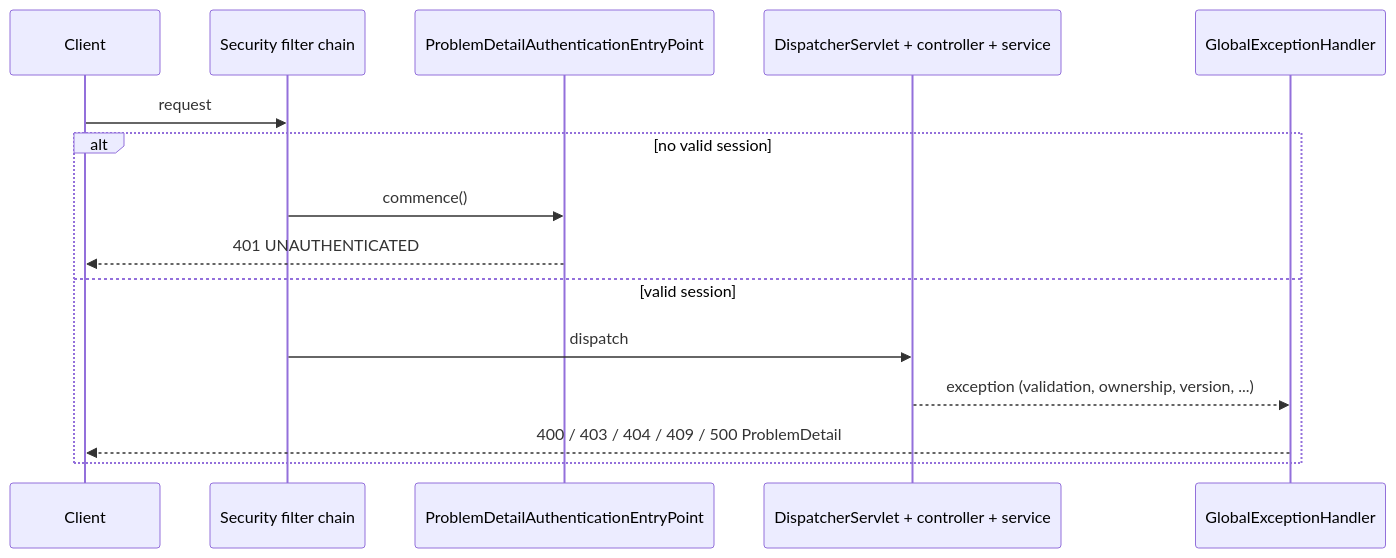
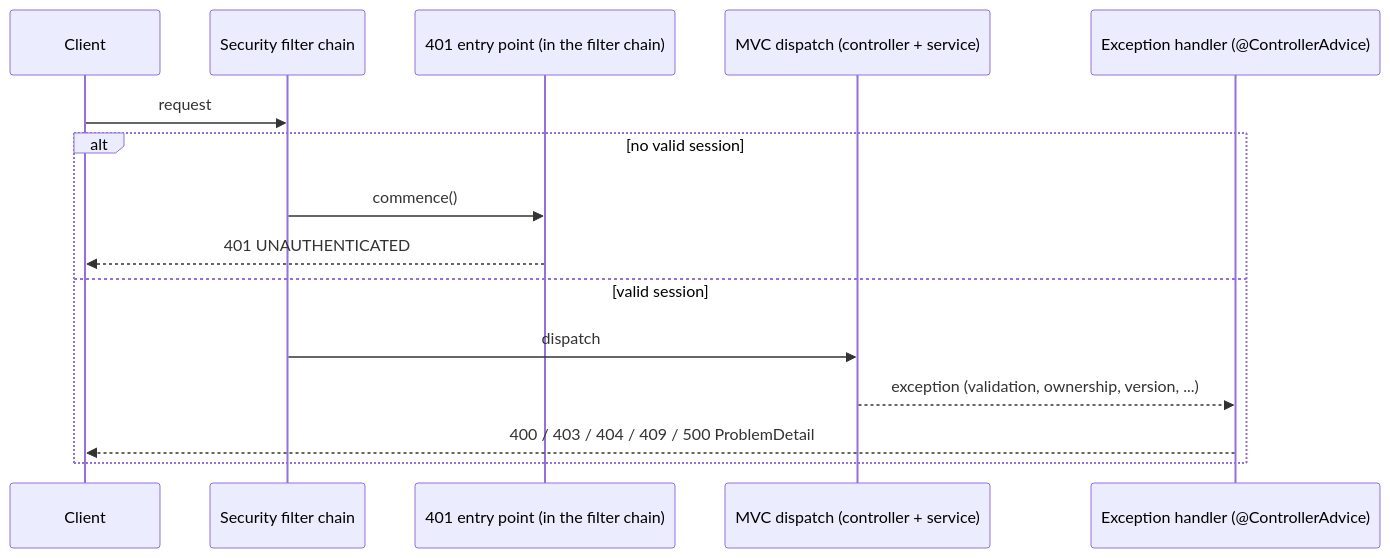
The diagram in docs/learning/05-api-layer.md (RudVlad473/kanban-board-backend), drawn with Mermaid before and after one commit. The commit also changed 6 other files, not shown here.

First line of the commit message:
docs(quick-261005-sun): verify and fix the kept learning-guide diagrams

````diff
--- a/docs/learning/05-api-layer.md
+++ b/docs/learning/05-api-layer.md
@@ -732,17 +732,17 @@
 ```mermaid
 sequenceDiagram
     participant C as Client
     participant F as Security filter chain
-    participant EP as ProblemDetailAuthenticationEntryPoint
-    participant D as DispatcherServlet + controller + service
-    participant H as GlobalExceptionHandler
+    participant EP as 401 entry point (in the filter chain)
+    participant D as MVC dispatch (controller + service)
+    participant H as Exception handler (@ControllerAdvice)
     C->>F: request
     alt no valid session
         F->>EP: commence()
         EP-->>C: 401 UNAUTHENTICATED
     else valid session
         F->>D: dispatch
         D-->>H: exception (validation, ownership, version, ...)
         H-->>C: 400 / 403 / 404 / 409 / 500 ProblemDetail
     end
 ```
````
